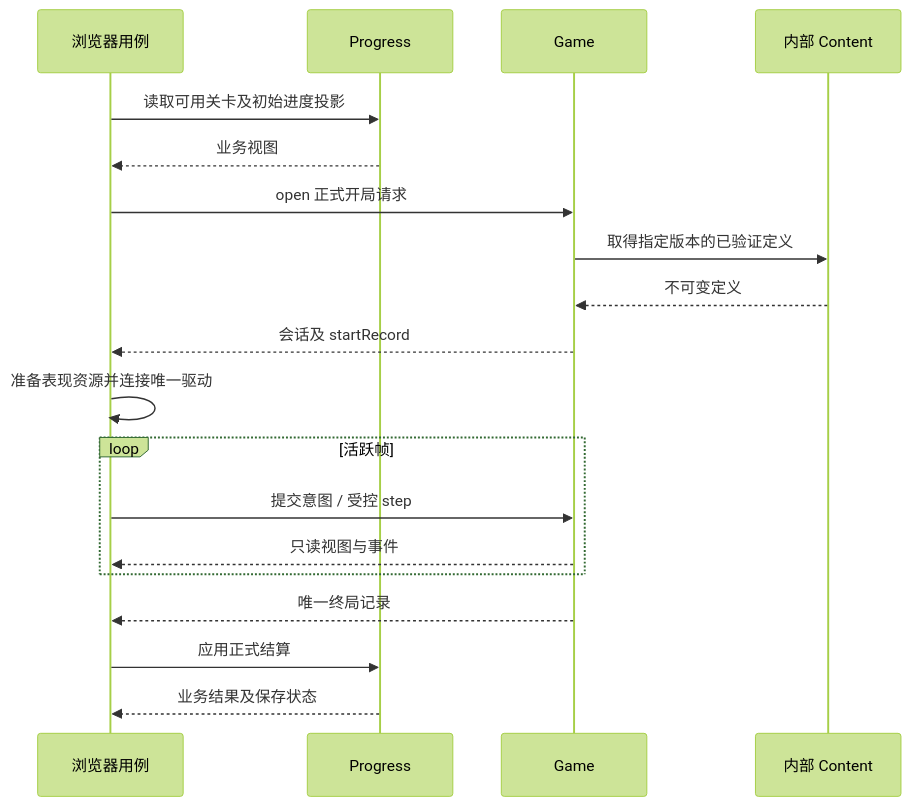
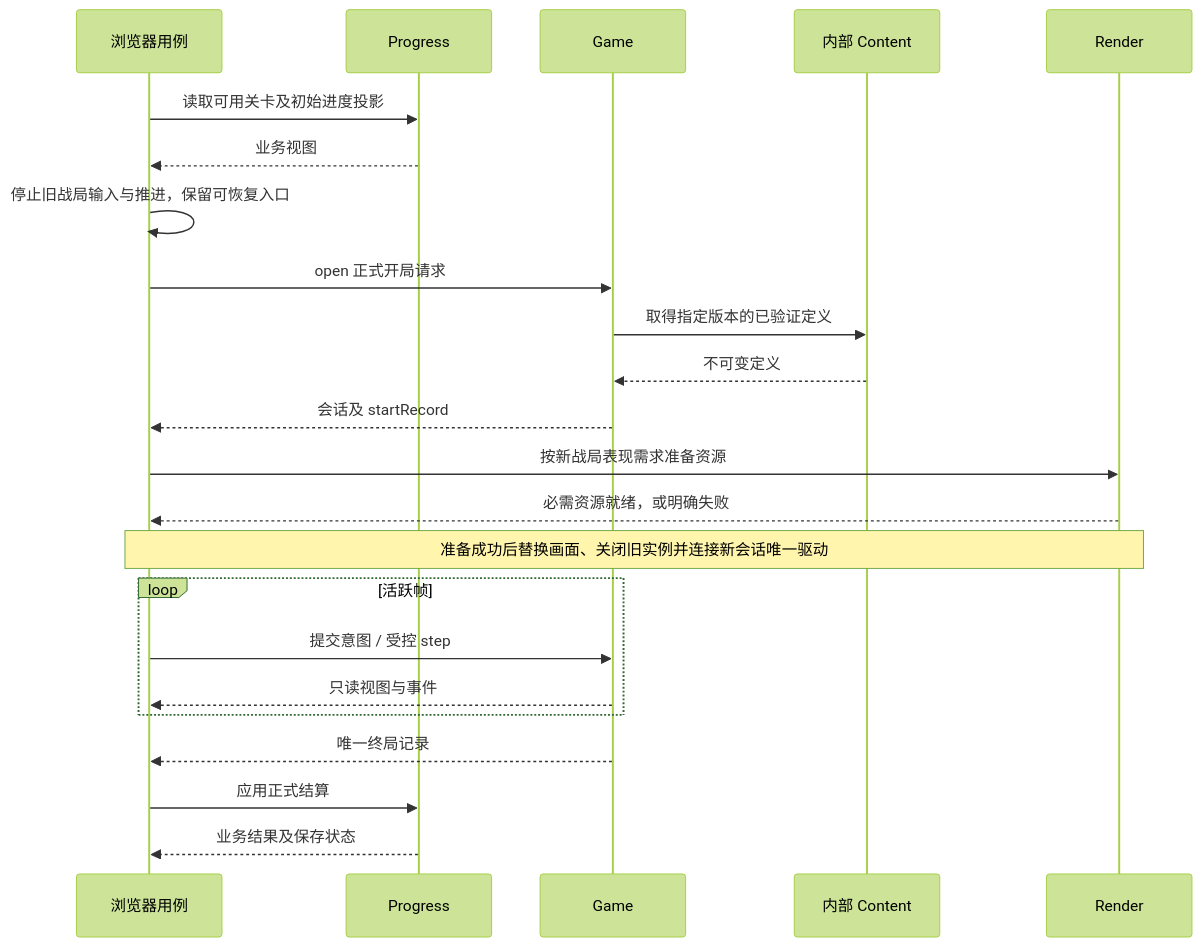
Before and after one commit to wishflow/wishflow-tools: the second of 2 diagrams in apps/gunsnglory/docs/architecture.md, drawn with Mermaid (forest theme). The commit also changed other lines of this file and 8 other files, not shown here.

````diff
--- a/apps/gunsnglory/docs/architecture.md
+++ b/apps/gunsnglory/docs/architecture.md
@@ -151,21 +162,25 @@
 ```mermaid
 sequenceDiagram
     participant UI as 浏览器用例
     participant P as Progress
     participant G as Game
     participant C as 内部 Content
+    participant R as Render
     UI->>P: 读取可用关卡及初始进度投影
     P-->>UI: 业务视图
+    UI->>UI: 停止旧战局输入与推进，保留可恢复入口
     UI->>G: open 正式开局请求
     G->>C: 取得指定版本的已验证定义
     C-->>G: 不可变定义
     G-->>UI: 会话及 startRecord
-    UI->>UI: 准备表现资源并连接唯一驱动
+    UI->>R: 按新战局表现需求准备资源
+    R-->>UI: 必需资源就绪，或明确失败
+    Note over UI,R: 准备成功后替换画面、关闭旧实例并连接新会话唯一驱动
     loop 活跃帧
       UI->>G: 提交意图 / 受控 step
       G-->>UI: 只读视图与事件
     end
     G-->>UI: 唯一终局记录
     UI->>P: 应用正式结算
     P-->>UI: 业务结果及保存状态
 ```
````
